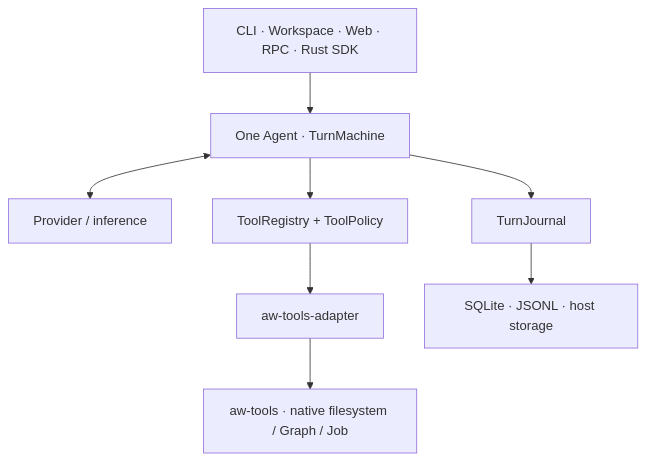
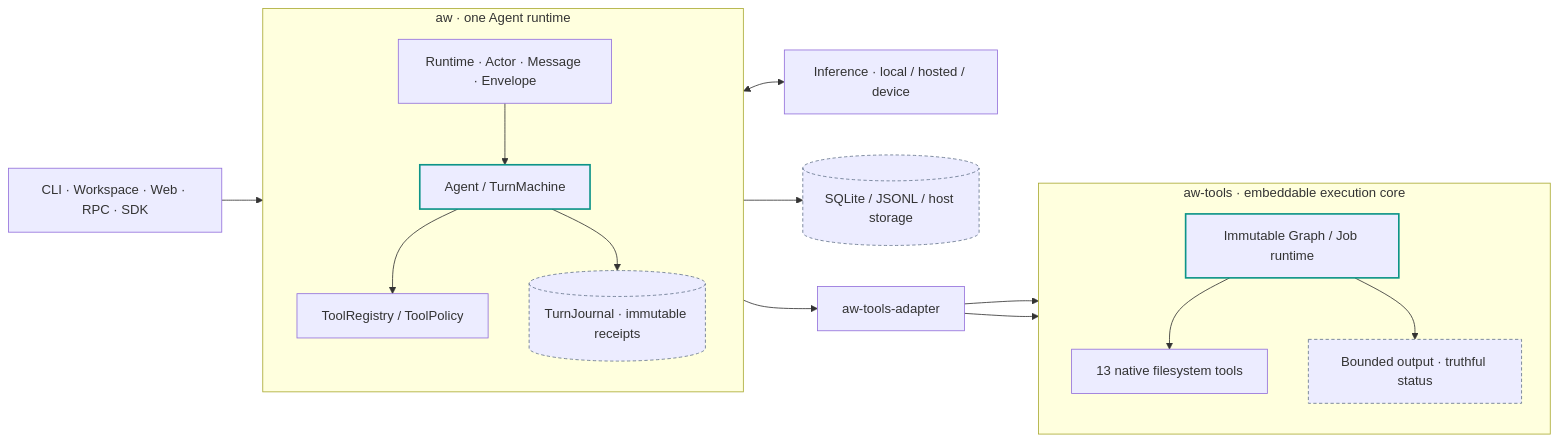
The first of 2 diagrams in README.md (abird-ai/aw), drawn with Mermaid before and after one commit. The commit also changed other lines of this file and 4 other files, not shown here.

Commit message:
Keep graph-native README diagrams in Mermaid only

````diff
--- a/README.md
+++ b/README.md
@@ -88,16 +78,40 @@
 ```mermaid
-flowchart TB
-    UI["CLI · Workspace · Web · RPC · Rust SDK"]
-    AG["One Agent · TurnMachine"]
-    P["Provider / inference"]
-    TP["ToolRegistry + ToolPolicy"]
-    AD["aw-tools-adapter"]
-    CORE["aw-tools · native filesystem / Graph / Job"]
-    J["TurnJournal"]
-    ST["SQLite · JSONL · host storage"]
+flowchart LR
+    UI["CLI · Workspace · Web · RPC · SDK"]
 
-    UI --> AG
-    AG <--> P
-    AG --> TP --> AD --> CORE
-    AG --> J --> ST
+    subgraph AW["aw · one Agent runtime"]
+        direction TB
+        PRIM["Runtime · Actor · Message · Envelope"]
+        AGENT["Agent / TurnMachine"]
+        POLICY["ToolRegistry / ToolPolicy"]
+        JOURNAL[("TurnJournal · immutable receipts")]
+        PRIM --> AGENT
+        AGENT --> POLICY
+        AGENT --> JOURNAL
+    end
+
+    subgraph SHARED["aw-tools · embeddable execution core"]
+        direction TB
+        FS["13 native filesystem tools"]
+        GRAPH["Immutable Graph / Job runtime"]
+        OUTPUT["Bounded output · truthful status"]
+        GRAPH --> FS
+        GRAPH --> OUTPUT
+    end
+
+    MODEL["Inference · local / hosted / device"]
+    STORE[("SQLite / JSONL / host storage")]
+    ADAPTER["aw-tools-adapter"]
+
+    UI --> AGENT
+    AGENT <--> MODEL
+    POLICY --> ADAPTER
+    ADAPTER --> FS
+    ADAPTER --> GRAPH
+    JOURNAL --> STORE
+
+    classDef engine stroke:#0d9488,stroke-width:2px
+    classDef durable stroke:#64748b,stroke-dasharray:4 3
+    class AGENT,GRAPH engine
+    class JOURNAL,STORE,OUTPUT durable
 ```
````
